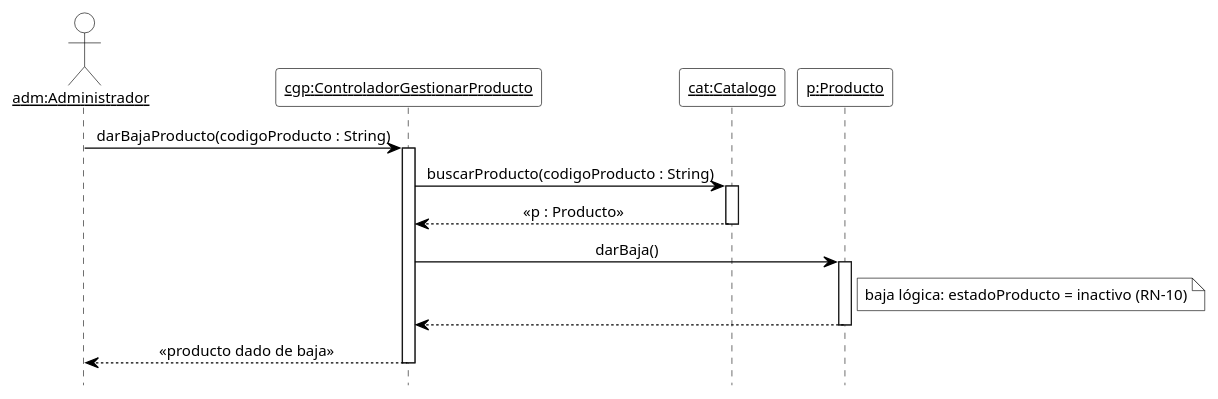
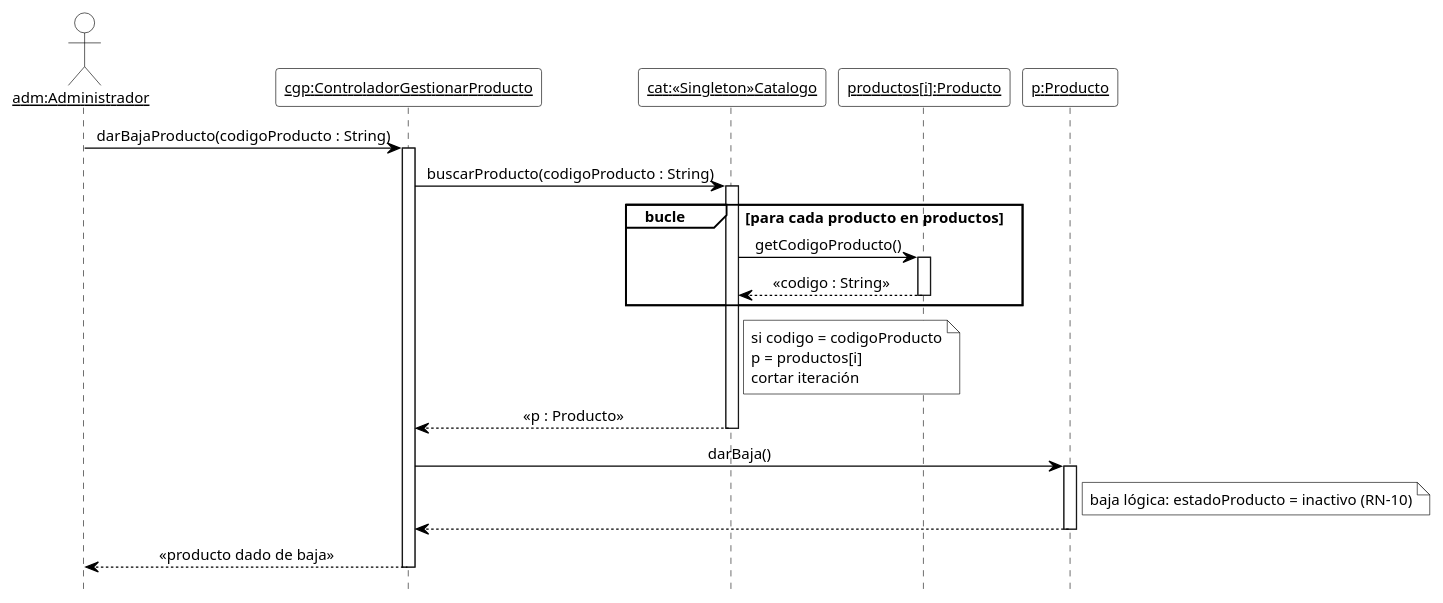
The ninth of 17 diagrams in 08-Diagrama De Secuencia/Diagramas_de_Secuencia.md (cirotop/Stock-Project), drawn with PlantUML before and after one commit. The commit also changed other lines of this file and 36 other files, not shown here.

````diff
--- a/08-Diagrama De Secuencia/Diagramas_de_Secuencia.md
+++ b/08-Diagrama De Secuencia/Diagramas_de_Secuencia.md
@@ -530,37 +637,49 @@
 ```plantuml
 @startuml DSD_CU-04_darBajaProducto
 ' Diagrama de Secuencia de Diseño (DSD) - CU-04 Gestionar producto - darBajaProducto
 ' Estilo de los ejemplos de la teoría (introducirArticulo / crearNuevaVenta).
 hide footbox
 skinparam shadowing false
 skinparam defaultFontName Arial
 skinparam defaultFontSize 12
 skinparam sequenceMessageAlign center
 skinparam ArrowColor black
 skinparam ParticipantBackgroundColor white
 skinparam ParticipantBorderColor black
+skinparam CollectionsBackgroundColor white
+skinparam CollectionsBorderColor black
 skinparam ActorBackgroundColor white
 skinparam ActorBorderColor black
 skinparam LifeLineBorderColor black
 skinparam LifeLineBackgroundColor white
 skinparam SequenceGroupBackgroundColor white
 skinparam SequenceGroupBorderColor black
 skinparam SequenceGroupHeaderFontColor black
 skinparam NoteBackgroundColor white
 skinparam NoteBorderColor black
 
 actor "<u>adm:Administrador</u>" as adm
 participant "<u>cgp:ControladorGestionarProducto</u>" as cgp
-participant "<u>cat:Catalogo</u>" as cat
+participant "<u>cat:«Singleton»Catalogo</u>" as cat
+participant "<u>productos[i]:Producto</u>" as pi
 participant "<u>p:Producto</u>" as p
 
 adm -> cgp ++ : darBajaProducto(codigoProducto : String)
 cgp -> cat ++ : buscarProducto(codigoProducto : String)
+group bucle [para cada producto en productos]
+  cat -> pi ++ : getCodigoProducto()
+  pi --> cat -- : «codigo : String»
+end
+note right of cat
+  si codigo = codigoProducto
+  p = productos[i]
+  cortar iteración
+end note
 cat --> cgp -- : «p : Producto»
 cgp -> p ++ : darBaja()
 note right of p : baja lógica: estadoProducto = inactivo (RN-10)
 p --> cgp --
 cgp --> adm -- : «producto dado de baja»
 
 @enduml
 ```
````
